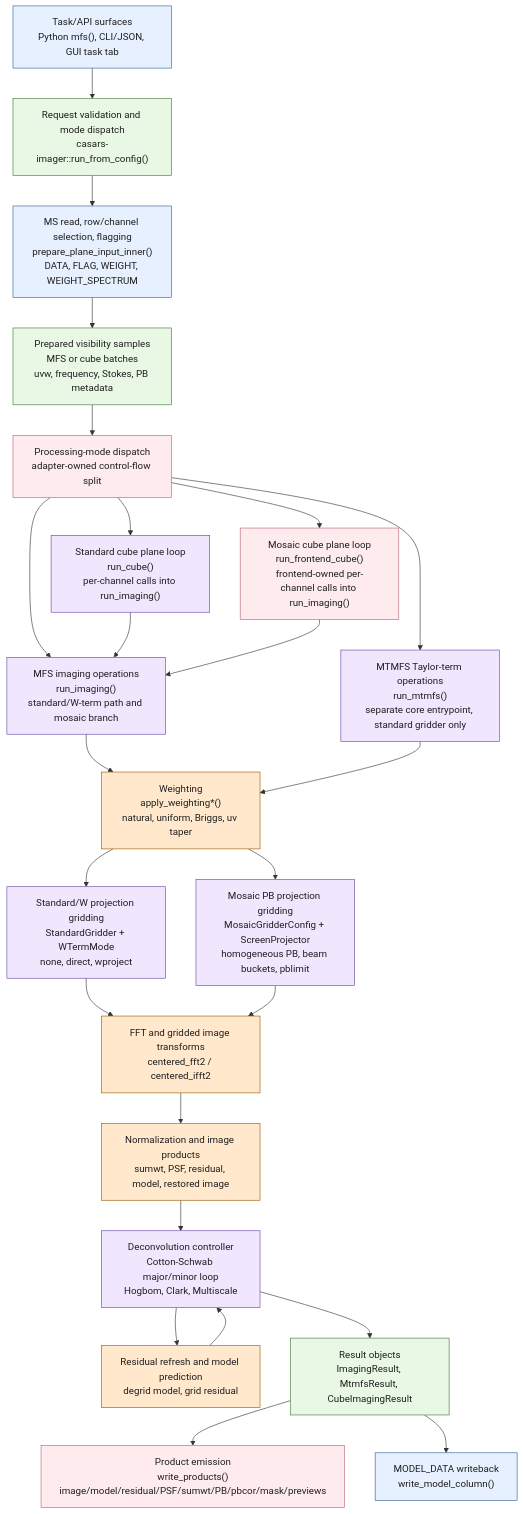
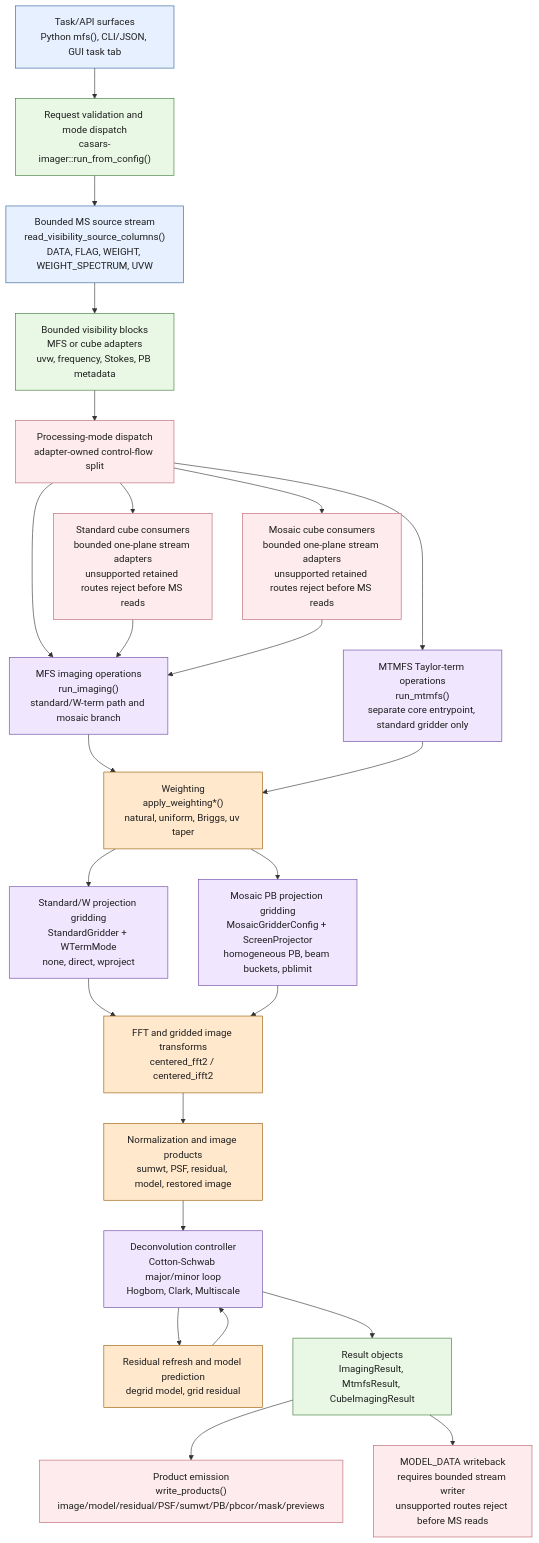
The second of 4 diagrams in docs/imaging-dataflow-comparison.md (bglenden/casa-rs), drawn with Mermaid before and after one commit. The commit also changed other lines of this file and 84 other files, not shown here.

First line of the commit message:
ImPerformance Wave 3 all single-plane imaging modes

````diff
--- a/docs/imaging-dataflow-comparison.md
+++ b/docs/imaging-dataflow-comparison.md
@@ -78,39 +78,39 @@
 ```mermaid
 flowchart TB
     surface["Task/API surfaces<br/>Python mfs(), CLI/JSON, GUI task tab"] --> runconfig["Request validation and mode dispatch<br/>casars-imager::run_from_config()"]
-    runconfig --> readms["MS read, row/channel selection, flagging<br/>prepare_plane_input_inner()<br/>DATA, FLAG, WEIGHT, WEIGHT_SPECTRUM"]
-    readms --> prep["Prepared visibility samples<br/>MFS or cube batches<br/>uvw, frequency, Stokes, PB metadata"]
+    runconfig --> readms["Bounded MS source stream<br/>read_visibility_source_columns()<br/>DATA, FLAG, WEIGHT, WEIGHT_SPECTRUM, UVW"]
+    readms --> prep["Bounded visibility blocks<br/>MFS or cube adapters<br/>uvw, frequency, Stokes, PB metadata"]
     prep --> dispatch["Processing-mode dispatch<br/>adapter-owned control-flow split"]
 
     dispatch --> mfs["MFS imaging operations<br/>run_imaging()<br/>standard/W-term path and mosaic branch"]
     dispatch --> mtmfs["MTMFS Taylor-term operations<br/>run_mtmfs()<br/>separate core entrypoint, standard gridder only"]
-    dispatch --> cube["Standard cube plane loop<br/>run_cube()<br/>per-channel calls into run_imaging()"]
-    dispatch --> mcube["Mosaic cube plane loop<br/>run_frontend_cube()<br/>frontend-owned per-channel calls into run_imaging()"]
+    dispatch --> cube["Standard cube consumers<br/>bounded one-plane stream adapters<br/>unsupported retained routes reject before MS reads"]
+    dispatch --> mcube["Mosaic cube consumers<br/>bounded one-plane stream adapters<br/>unsupported retained routes reject before MS reads"]
 
     cube --> mfs
     mcube --> mfs
     mfs --> weighting["Weighting<br/>apply_weighting*()<br/>natural, uniform, Briggs, uv taper"]
     mtmfs --> weighting
     weighting --> stdproj["Standard/W projection gridding<br/>StandardGridder + WTermMode<br/>none, direct, wproject"]
     weighting --> mosaicproj["Mosaic PB projection gridding<br/>MosaicGridderConfig + ScreenProjector<br/>homogeneous PB, beam buckets, pblimit"]
     stdproj --> fft["FFT and gridded image transforms<br/>centered_fft2 / centered_ifft2"]
     mosaicproj --> fft
     fft --> normalize["Normalization and image products<br/>sumwt, PSF, residual, model, restored image"]
     normalize --> deconv["Deconvolution controller<br/>Cotton-Schwab major/minor loop<br/>Hogbom, Clark, Multiscale"]
     deconv --> refresh["Residual refresh and model prediction<br/>degrid model, grid residual"]
     refresh --> deconv
     deconv --> result["Result objects<br/>ImagingResult, MtmfsResult, CubeImagingResult"]
     result --> write["Product emission<br/>write_products()<br/>image/model/residual/PSF/sumwt/PB/pbcor/mask/previews"]
-    result --> modelcol["MODEL_DATA writeback<br/>write_model_column()"]
+    result --> modelcol["MODEL_DATA writeback<br/>requires bounded stream writer<br/>unsupported routes reject before MS reads"]
 
     classDef io fill:#e7f0ff,stroke:#315f9b,color:#1f1f1f;
     classDef op fill:#e9f8e5,stroke:#3c7a36,color:#1f1f1f;
     classDef mode fill:#f0e7ff,stroke:#6846a3,color:#1f1f1f;
     classDef hot fill:#ffe8cc,stroke:#9a5b00,color:#1f1f1f;
     classDef pressure fill:#fdebed,stroke:#bd6370,color:#1f1f1f;
     class surface,readms,write,modelcol io;
     class runconfig,prep,result op;
     class mfs,mtmfs,cube,mcube,stdproj,mosaicproj,deconv mode;
     class weighting,fft,normalize,refresh hot;
-    class dispatch,mcube,write pressure;
+    class dispatch,cube,mcube,modelcol,write pressure;
 ```
````
